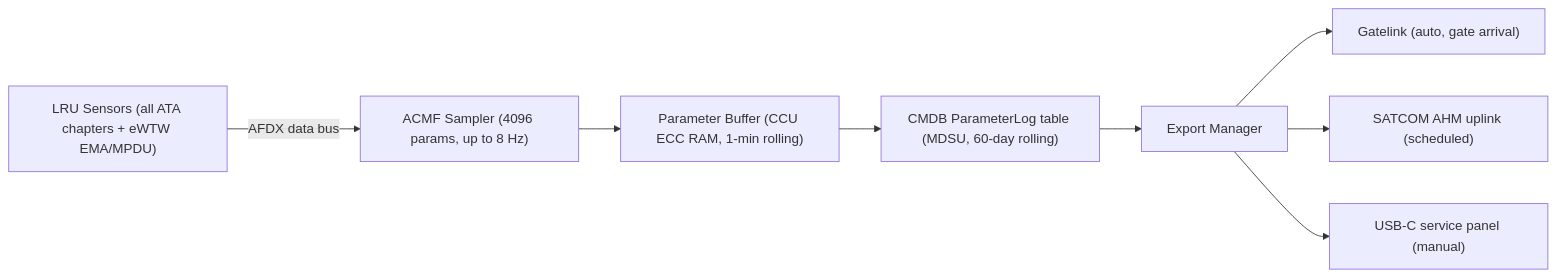
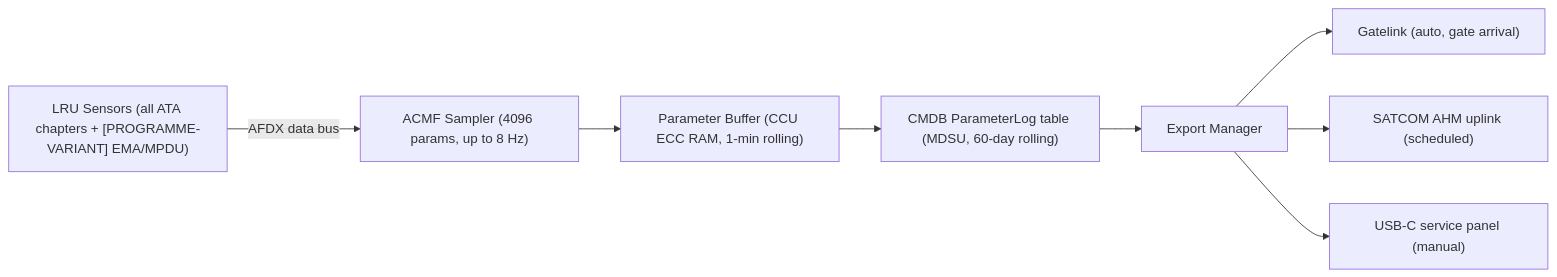
The second of 3 diagrams in Q+ATLANTIDE/000-099_ATLAS/040-049_Avionica-Informacion-y-APU/045_Central-Maintenance-System/045-040-Maintenance-Data-Recording-and-History.md (AmedeoPelliccia/Qplus-For-All-Queer-People-and-Quantum), drawn with Mermaid before and after one commit. The commit also changed other lines of this file and 676 other files, not shown here.

First line of the commit message:
feat: de-programmatize all ATLAS standard files — remove AMPEL360E/eWTW programme content

````diff
--- a/Q+ATLANTIDE/000-099_ATLAS/040-049_Avionica-Informacion-y-APU/045_Central-Maintenance-System/045-040-Maintenance-Data-Recording-and-History.md
+++ b/Q+ATLANTIDE/000-099_ATLAS/040-049_Avionica-Informacion-y-APU/045_Central-Maintenance-System/045-040-Maintenance-Data-Recording-and-History.md
@@ -122,11 +124,11 @@
 ```mermaid
 graph LR
-    SENS["LRU Sensors (all ATA chapters + eWTW EMA/MPDU)"]
+    SENS["LRU Sensors (all ATA chapters + [PROGRAMME-VARIANT] EMA/MPDU)"]
     SENS -->|AFDX data bus| ACMF["ACMF Sampler (4096 params, up to 8 Hz)"]
     ACMF --> PB["Parameter Buffer (CCU ECC RAM, 1-min rolling)"]
     PB --> CMDB["CMDB ParameterLog table (MDSU, 60-day rolling)"]
     CMDB --> EXP["Export Manager"]
     EXP --> GL["Gatelink (auto, gate arrival)"]
     EXP --> SAT["SATCOM AHM uplink (scheduled)"]
     EXP --> USB["USB-C service panel (manual)"]
 ```
````
